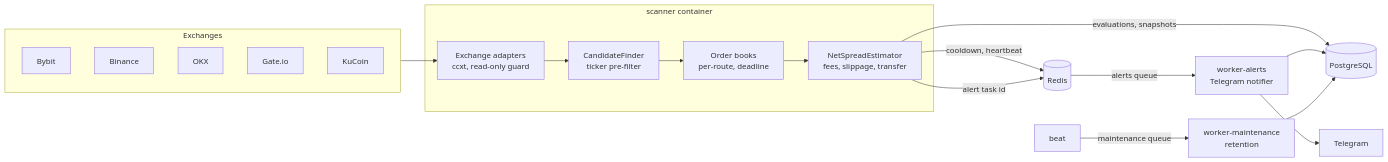
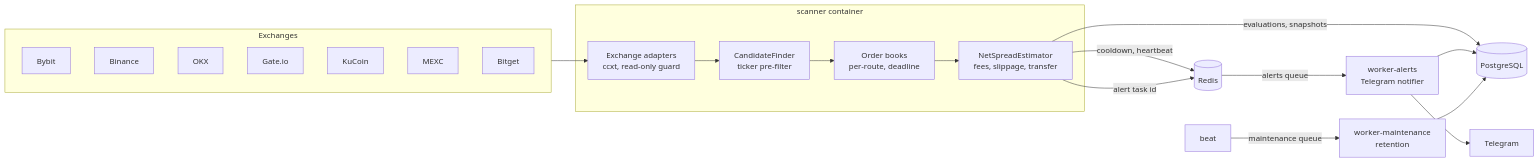
Before and after one commit to GrigoriyKruchinin/NexusSpreadBot: the diagram in README.md, drawn with Mermaid. The commit also changed other lines of this file and 23 other files, not shown here.

First line of the commit message:
feat(adapters): add MEXC and Bitget spot adapters

````diff
--- a/README.md
+++ b/README.md
@@ -30,20 +31,20 @@
 ```mermaid
 flowchart LR
     subgraph Exchanges
-        BY[Bybit] & BN[Binance] & OK[OKX] & GT[Gate.io] & KC[KuCoin]
+        BY[Bybit] & BN[Binance] & OK[OKX] & GT[Gate.io] & KC[KuCoin] & MX[MEXC] & BG[Bitget]
     end
     subgraph scanner [scanner container]
         AD[Exchange adapters<br/>ccxt, read-only guard] --> CF[CandidateFinder<br/>ticker pre-filter]
         CF --> BK[Order books<br/>per-route, deadline]
         BK --> NE[NetSpreadEstimator<br/>fees, slippage, transfer]
     end
     Exchanges --> AD
     NE -->|evaluations, snapshots| PG[(PostgreSQL)]
     NE -->|cooldown, heartbeat| RD[(Redis)]
     NE -->|alert task id| RD
     RD -->|alerts queue| WA[worker-alerts<br/>Telegram notifier]
     WA --> TG[Telegram]
     WA --> PG
     BT[beat] -->|maintenance queue| WM[worker-maintenance<br/>retention]
     WM --> PG
 ```
````
